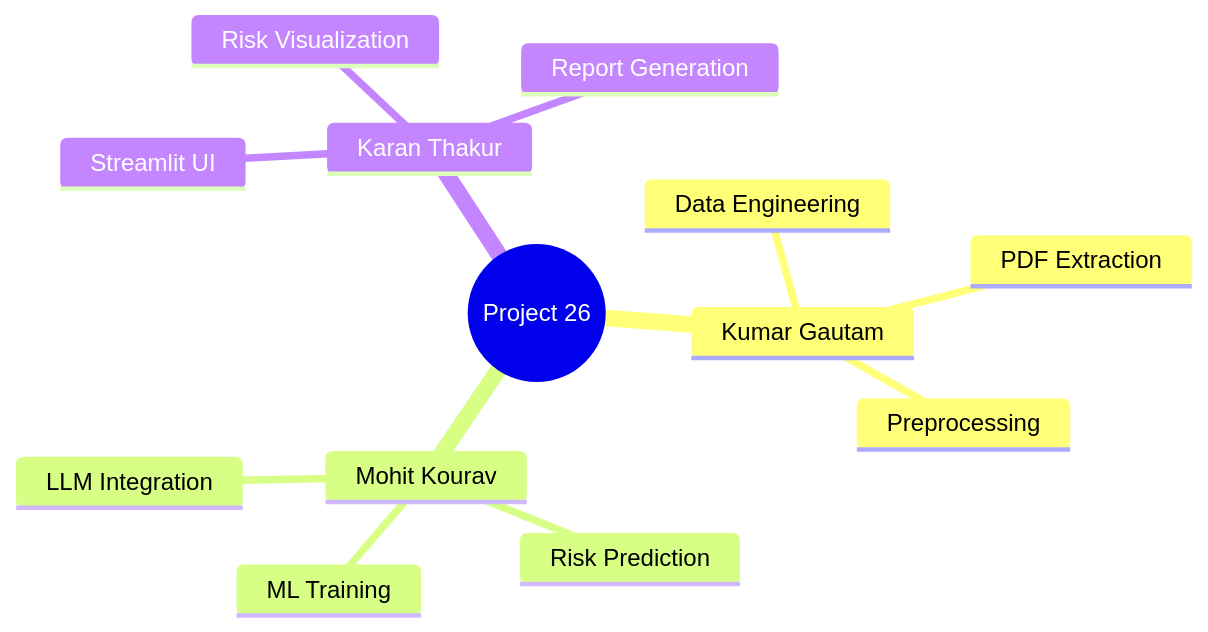
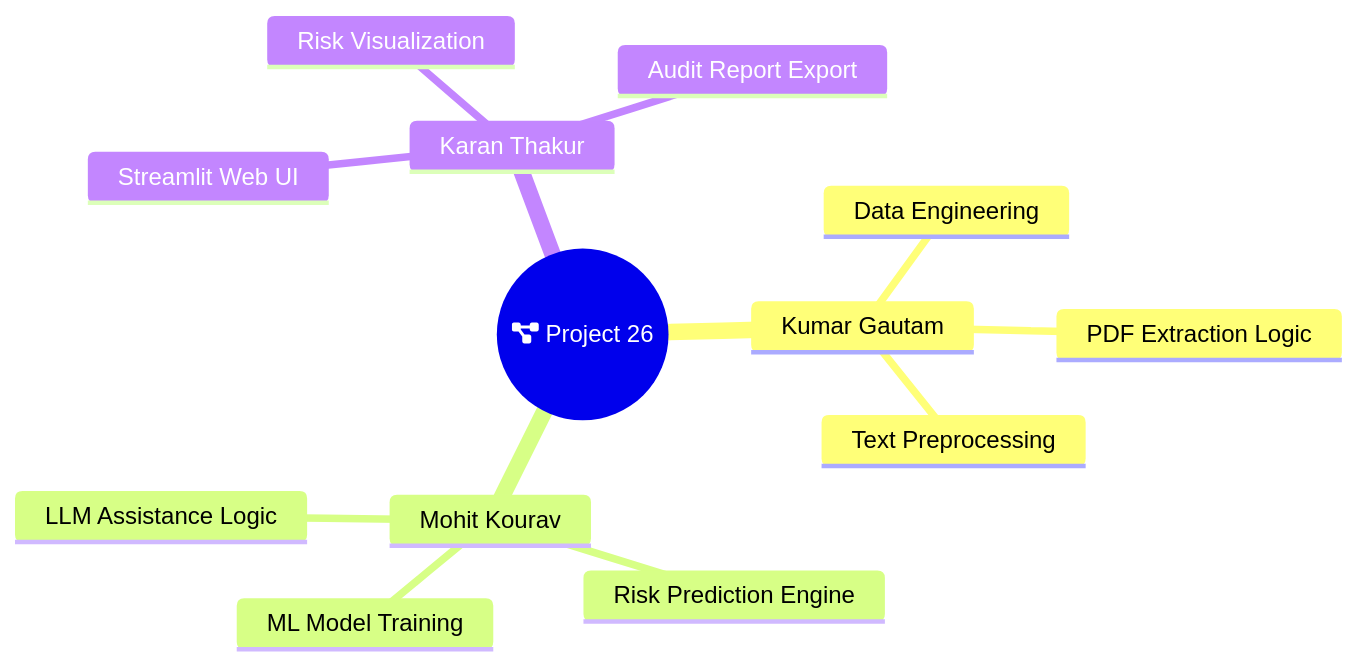
The fourth of 4 diagrams in WORKFLOW.md (Gautam-Bharadwaj/AI-ML-PROJECT-26), drawn with Mermaid before and after one commit. The commit also changed other lines of this file, not shown here.

Commit message:
docs: improve visual aesthetics of work division map with icons

````diff
--- a/WORKFLOW.md
+++ b/WORKFLOW.md
@@ -54,16 +54,20 @@
 ```mermaid
 mindmap
-  root((Project 26))
+  root((fa:fa-project-diagram Project 26))
+    ::icon(fa fa-users)
     Kumar Gautam
+      ::icon(fa fa-database)
       Data Engineering
-      PDF Extraction
-      Preprocessing
+      PDF Extraction Logic
+      Text Preprocessing
     Mohit Kourav
-      ML Training
-      Risk Prediction
-      LLM Integration
+      ::icon(fa fa-brain)
+      ML Model Training
+      Risk Prediction Engine
+      LLM Assistance Logic
     Karan Thakur
-      Streamlit UI
+      ::icon(fa fa-desktop)
+      Streamlit Web UI
       Risk Visualization
-      Report Generation
+      Audit Report Export
 ```
````
